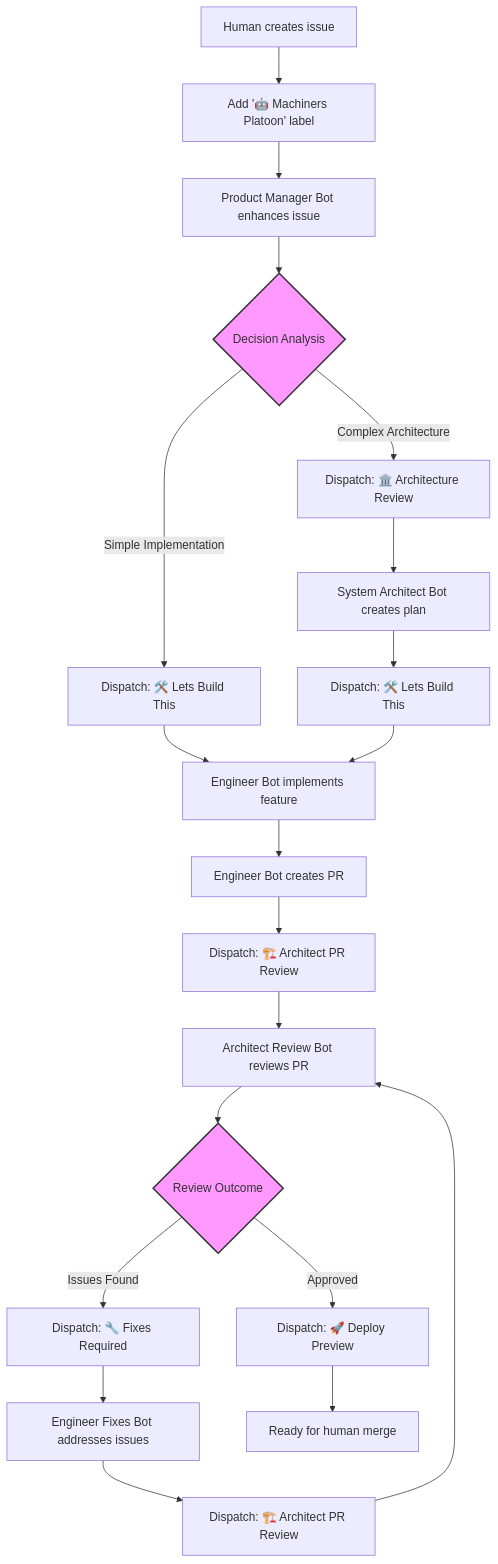
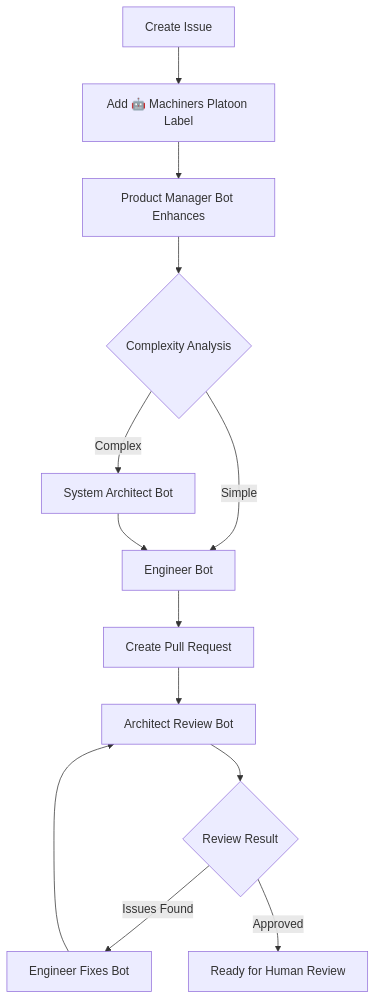
The diagram in README.md (convcha/machiners-platoon), drawn with Mermaid before and after one commit. The commit also changed other lines of this file and 1 other file, not shown here.

Commit message:
Add architecture documentation for Machiners Platoon bot specifications and workflows

````diff
--- a/README.md
+++ b/README.md
@@ -284,25 +83,15 @@
 ```mermaid
 graph TD
-    A[Human creates issue] --> B[Add '🤖 Machiners Platoon' label]
-    B --> C[Product Manager Bot enhances issue]
-    C --> D{Decision Analysis}
-    D -->|Complex Architecture| E[Dispatch: 🏛️ Architecture Review]
-    D -->|Simple Implementation| F[Dispatch: 🛠️ Lets Build This]
-    E --> G[System Architect Bot creates plan]
-    G --> H[Dispatch: 🛠️ Lets Build This]
-    F --> I[Engineer Bot implements feature]
-    H --> I
-    I --> J[Engineer Bot creates PR]
-    J --> K[Dispatch: 🏗️ Architect PR Review]
-    K --> L[Architect Review Bot reviews PR]
-    L --> M{Review Outcome}
-    M -->|Issues Found| N[Dispatch: 🔧 Fixes Required]
-    M -->|Approved| O[Dispatch: 🚀 Deploy Preview]
-    N --> P[Engineer Fixes Bot addresses issues]
-    P --> Q[Dispatch: 🏗️ Architect PR Review]
-    Q --> L
-    O --> R[Ready for human merge]
-
-    style D fill:#f9f,stroke:#333,stroke-width:2px
-    style M fill:#f9f,stroke:#333,stroke-width:2px
+    A[Create Issue] --> B[Add 🤖 Machiners Platoon Label]
+    B --> C[Product Manager Bot Enhances]
+    C --> D{Complexity Analysis}
+    D -->|Complex| E[System Architect Bot]
+    D -->|Simple| F[Engineer Bot]
+    E --> F
+    F --> G[Create Pull Request]
+    G --> H[Architect Review Bot]
+    H --> I{Review Result}
+    I -->|Issues Found| J[Engineer Fixes Bot]
+    I -->|Approved| K[Ready for Human Review]
+    J --> H
 ```
````
